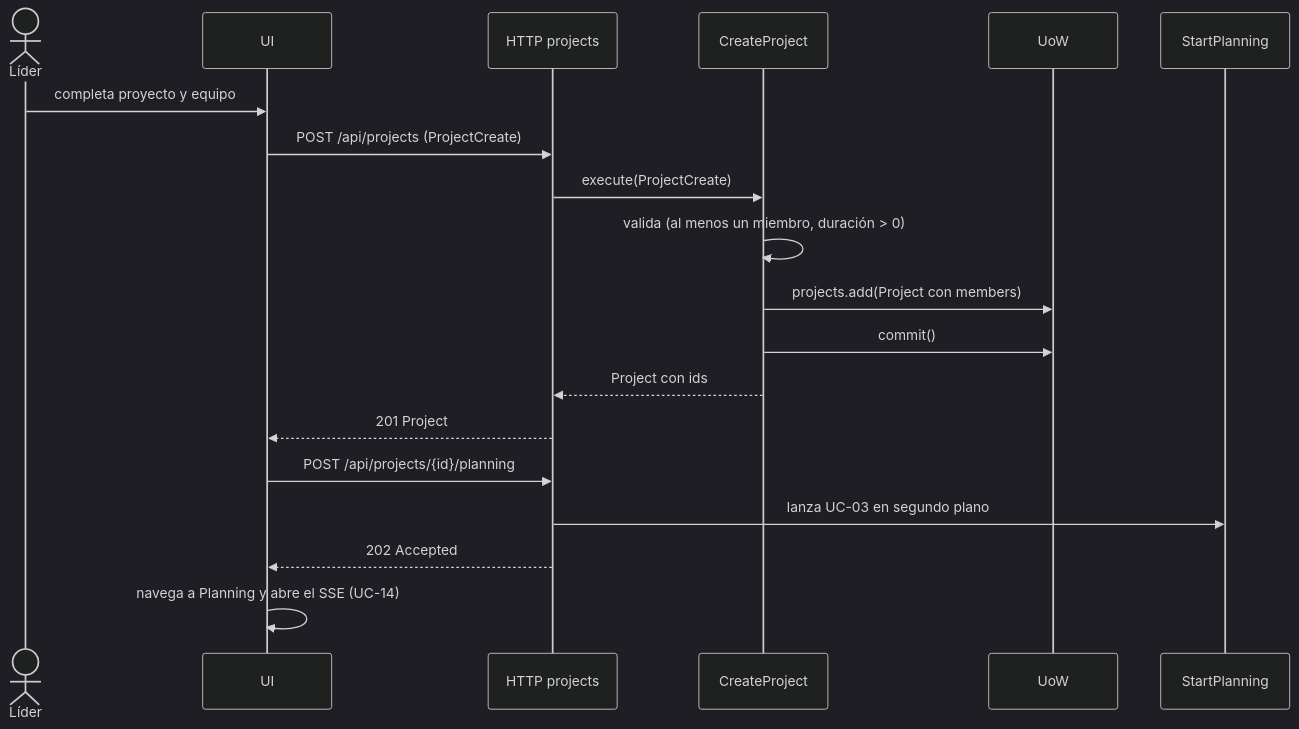
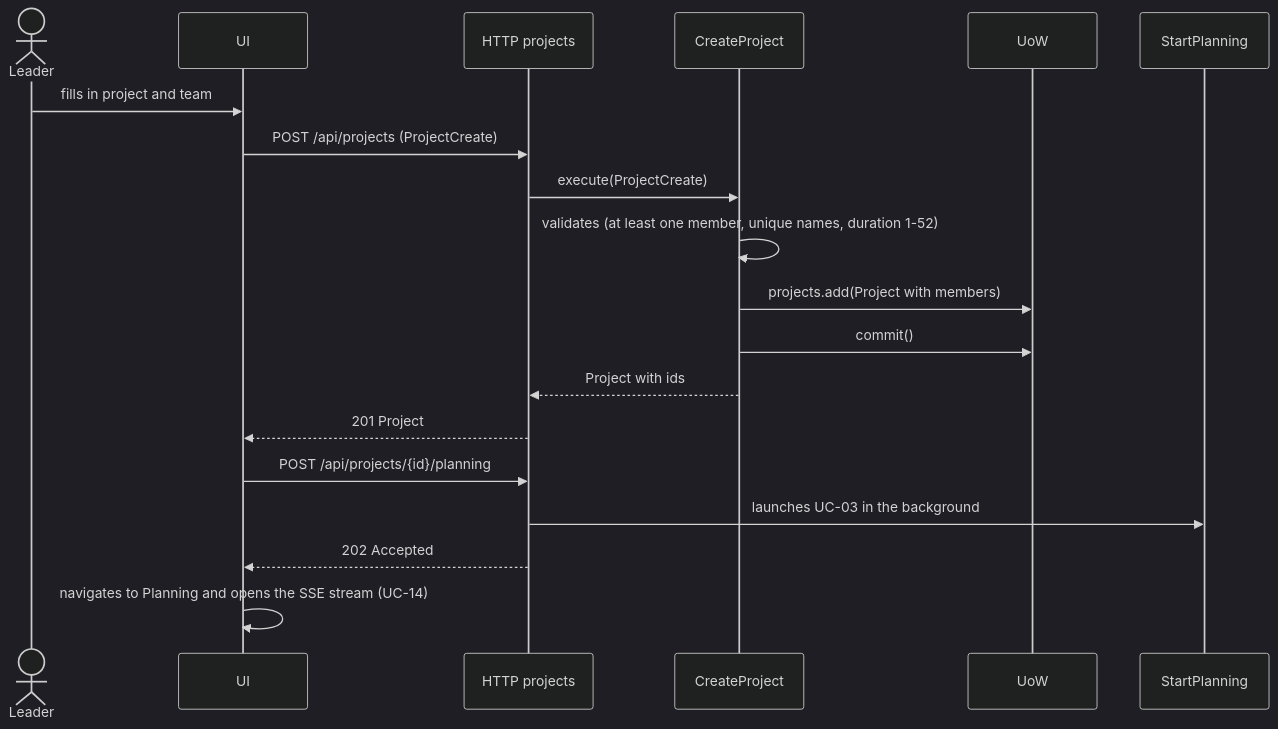
One commit to Mitchz01/TransparencIA changed the fifth of 18 diagrams in plan/use-cases.md. Above: the diagram before and after it, drawn with Mermaid (dark theme). The commit also changed other lines of this file and 68 other files, not shown here.

````diff
--- a/plan/use-cases.md
+++ b/plan/use-cases.md
@@ -164,22 +167,22 @@
 ```mermaid
 sequenceDiagram
-    actor L as Líder
+    actor L as Leader
     participant UI
     participant HTTP as HTTP projects
     participant UC as CreateProject
     participant UoW
     participant SP as StartPlanning
 
-    L->>UI: completa proyecto y equipo
+    L->>UI: fills in project and team
     UI->>HTTP: POST /api/projects (ProjectCreate)
     HTTP->>UC: execute(ProjectCreate)
-    UC->>UC: valida (al menos un miembro, duración > 0)
-    UC->>UoW: projects.add(Project con members)
+    UC->>UC: validates (at least one member, unique names, duration 1-52)
+    UC->>UoW: projects.add(Project with members)
     UC->>UoW: commit()
-    UC-->>HTTP: Project con ids
+    UC-->>HTTP: Project with ids
     HTTP-->>UI: 201 Project
     UI->>HTTP: POST /api/projects/{id}/planning
-    HTTP->>SP: lanza UC-03 en segundo plano
+    HTTP->>SP: launches UC-03 in the background
     HTTP-->>UI: 202 Accepted
-    UI->>UI: navega a Planning y abre el SSE (UC-14)
+    UI->>UI: navigates to Planning and opens the SSE stream (UC-14)
 ```
````
